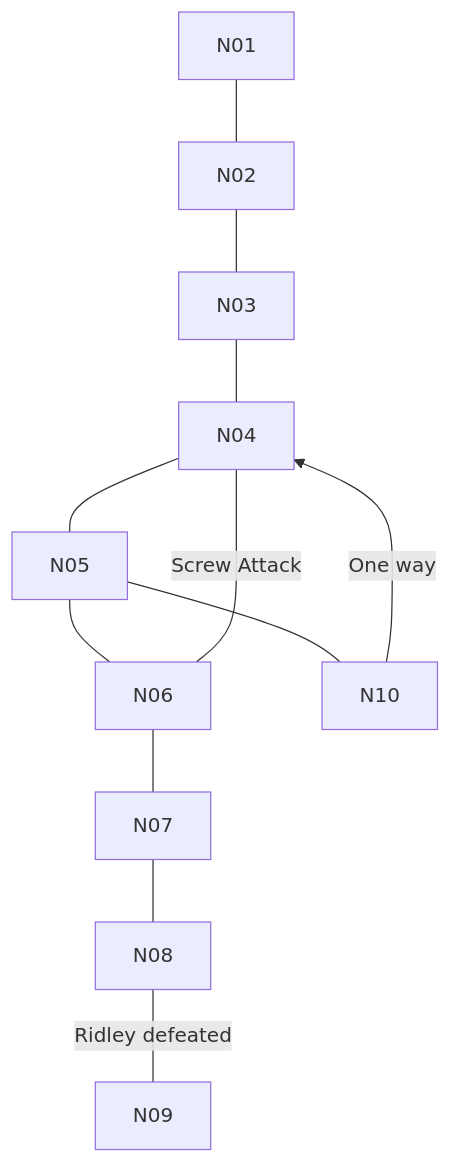
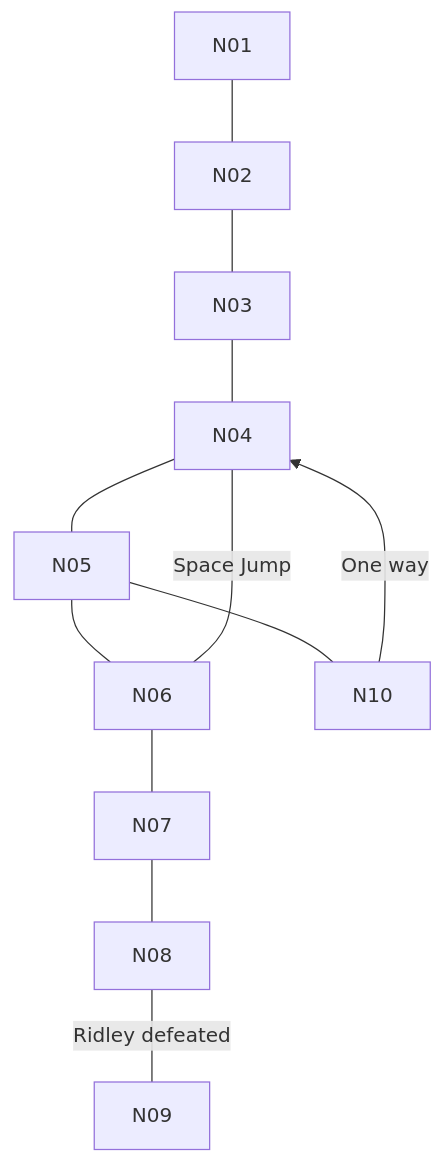
One commit to RetroCodeRamen/game-watch changed the fourth of 5 diagrams in metroid_watch/Metroid_Watch_Game_Design_Document.md. Above: the diagram before and after it, drawn with Mermaid. The commit also changed other lines of this file and 6 other files, not shown here.

````diff
--- a/metroid_watch/Metroid_Watch_Game_Design_Document.md
+++ b/metroid_watch/Metroid_Watch_Game_Design_Document.md
@@ -199,14 +206,14 @@
 ```mermaid
 flowchart TD
     N01 --- N02
     N02 --- N03
     N03 --- N04
     N04 --- N05
     N05 --- N06
     N06 --- N07
     N07 --- N08
-    N04 ---|"Screw Attack"| N06
+    N04 ---|"Space Jump"| N06
     N05 --- N10
     N10 -->|"One way"| N04
     N08 ---|"Ridley defeated"| N09
 ```
````
